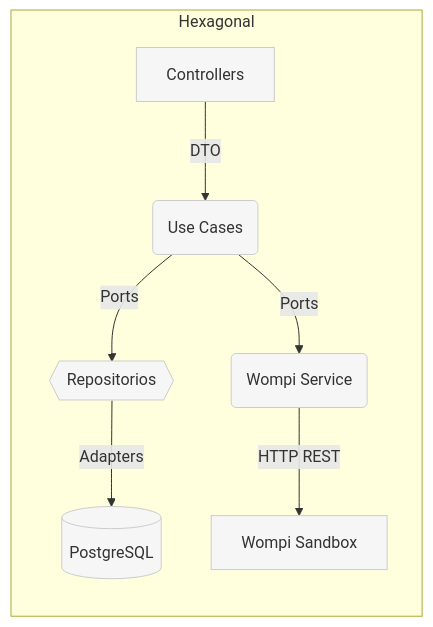
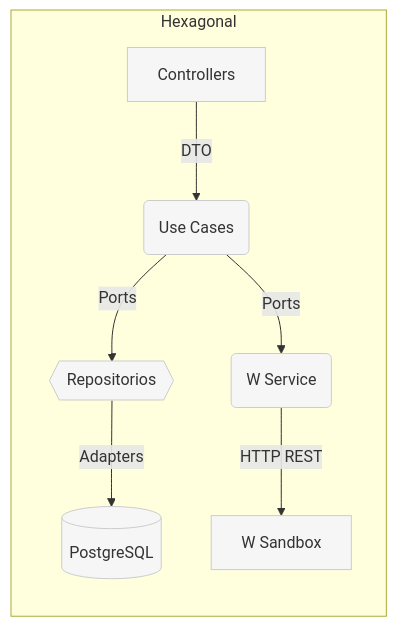
The first of 3 diagrams in README.md (Knight072/Payment), drawn with Mermaid before and after one commit. The commit also changed other lines of this file and 20 other files, not shown here.

````diff
--- a/README.md
+++ b/README.md
@@ -27,12 +27,12 @@
 ```mermaid
 flowchart LR
     subgraph Hexagonal
         A[Controllers] -->|DTO| B(Use Cases)
         B -->|Ports| C{{Repositorios}}
-        B -->|Ports| D(Wompi Service)
+        B -->|Ports| D(W Service)
         C -->|Adapters| E[(PostgreSQL)]
-        D -->|HTTP REST| F[Wompi Sandbox]
+        D -->|HTTP REST| F[W Sandbox]
     end
     classDef box fill:#f6f6f6,stroke:#ccc,stroke-width:1px
     class A,B,C,D,E,F box
 ```
````
